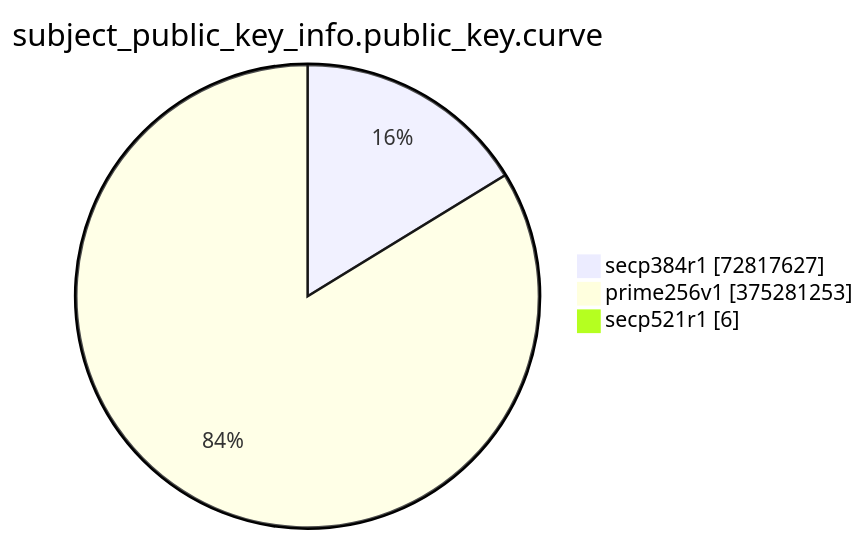
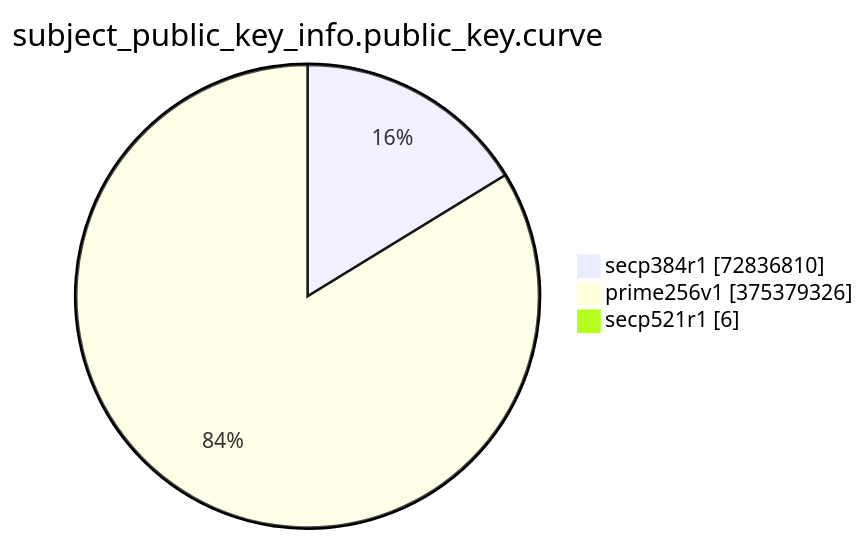
Before and after one commit to christiankrug/ctmonitor_visualization: the eighth of 15 diagrams in TOTAL/README.md, drawn with Mermaid. The commit also changed other lines of this file, not shown here.

````diff
--- a/TOTAL/README.md
+++ b/TOTAL/README.md
@@ -3094,7 +3094,7 @@
 ```mermaid
 pie showData
 title subject_public_key_info.public_key.curve
-"secp384r1" :72817627
-"prime256v1" :375281253
+"secp384r1" :72836810
+"prime256v1" :375379326
 "secp521r1" :6
 ```
````
